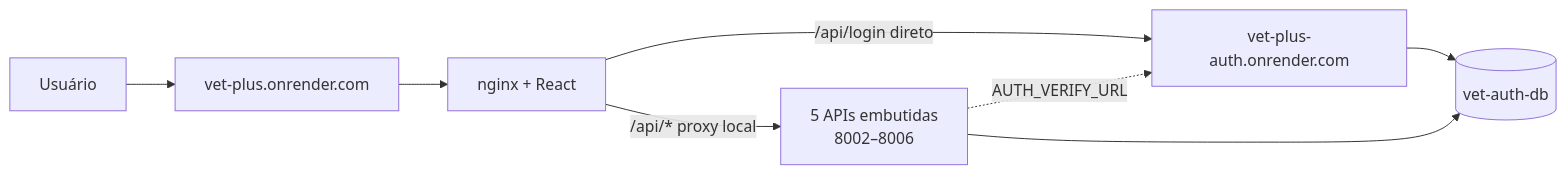
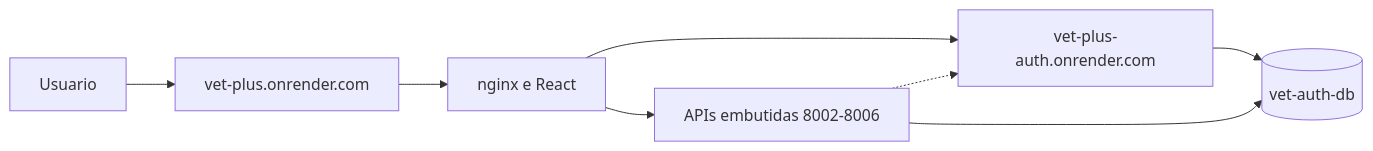
Before and after one commit to LuanaPZenha/vet-plus: the second of 3 diagrams in README.md, drawn with Mermaid. The commit also changed other lines of this file, not shown here.

First line of the commit message:
Corrige diagramas Mermaid do README para renderizar no GitHub

````diff
--- a/README.md
+++ b/README.md
@@ -161,10 +161,10 @@
 ```mermaid
 graph LR
-    USER[Usuário] --> VP[vet-plus.onrender.com]
-    VP --> NGINX[nginx + React]
-    NGINX -->|/api/login direto| AUTH[vet-plus-auth.onrender.com]
-    NGINX -->|/api/* proxy local| APIS[5 APIs embutidas<br/>8002–8006]
-    AUTH --> PG[(vet-auth-db)]
+    USER["Usuario"] --> VP["vet-plus.onrender.com"]
+    VP --> NGINX["nginx e React"]
+    NGINX --> AUTH["vet-plus-auth.onrender.com"]
+    NGINX --> APIS["APIs embutidas 8002-8006"]
+    AUTH --> PG[("vet-auth-db")]
     APIS --> PG
-    APIS -.->|AUTH_VERIFY_URL| AUTH
+    APIS -.-> AUTH
 ```
````
